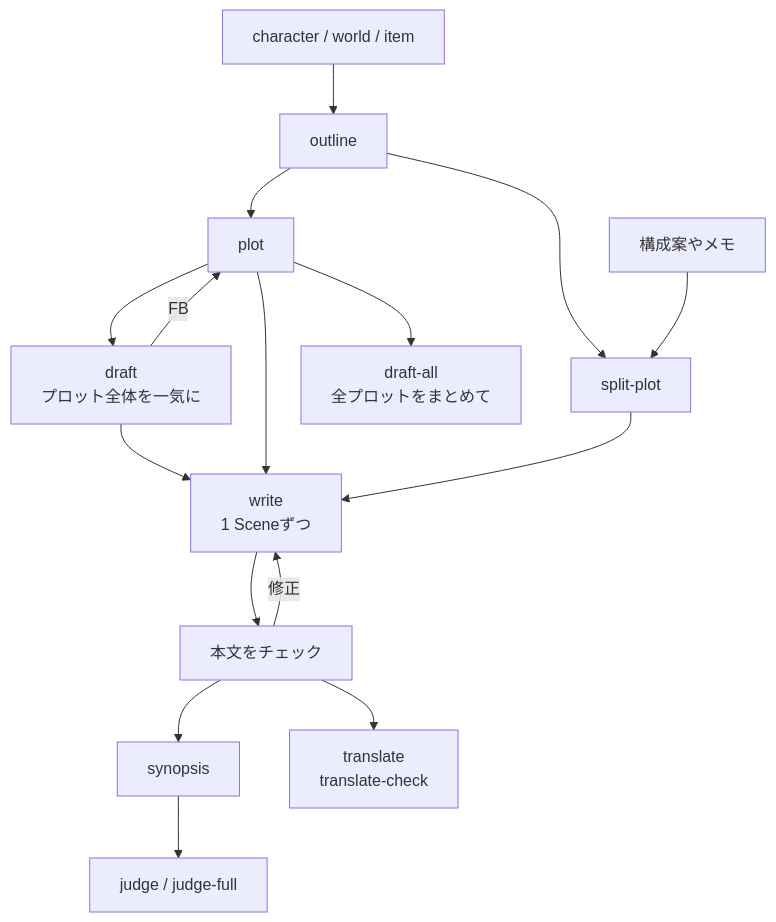
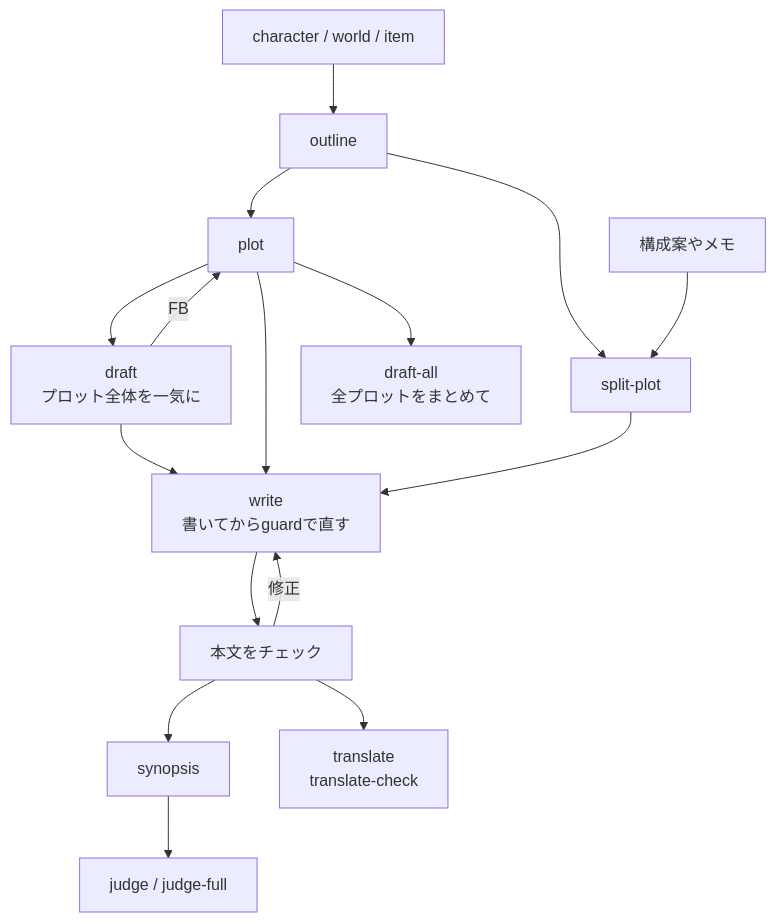
One commit to omni-stove/skill-kit changed the diagram in domains/story/README.ja.md. Above: the diagram before and after it, drawn with Mermaid. The commit also changed 19 other files, not shown here.

````diff
--- a/domains/story/README.ja.md
+++ b/domains/story/README.ja.md
@@ -8,18 +8,18 @@
 ```mermaid
 flowchart TD
   settings[character / world / item] --> outline[outline]
   outline --> plot[plot]
   outline --> split
   memo[構成案やメモ] --> split[split-plot]
   plot --> draft[draft<br/>プロット全体を一気に]
   draft -- "FB" --> plot
   draft --> write
   plot --> write
   plot --> draftall[draft-all<br/>全プロットをまとめて]
-  split --> write[write<br/>1 Sceneずつ]
+  split --> write[write<br/>書いてからguardで直す]
   write --> checks[本文をチェック]
   checks -- "修正" --> write
   checks --> synopsis[synopsis]
   synopsis --> judge[judge / judge-full]
   checks --> translate[translate<br/>translate-check]
 ```
````
